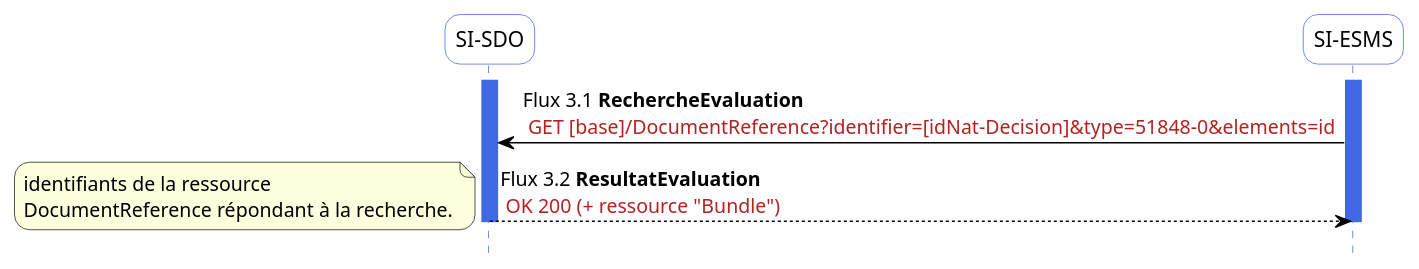
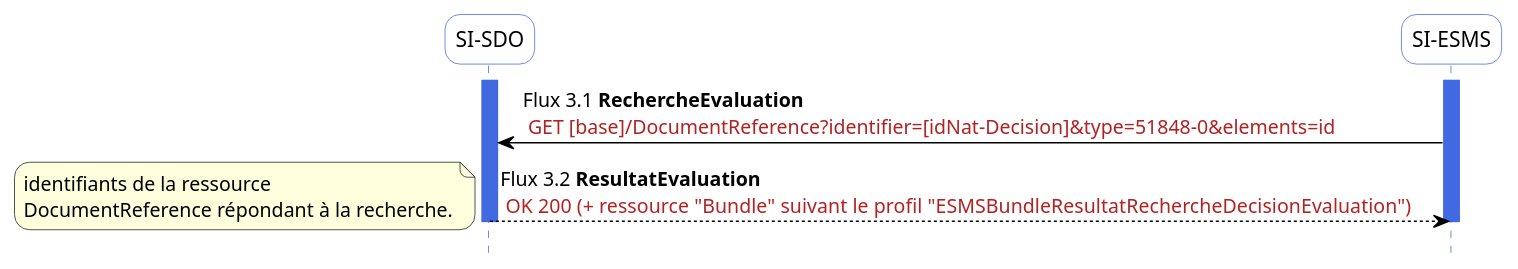
One commit to ansforge/IG-fhir-medicosocial-suivi-decisions-orientation changed the diagram in input/images-source/flux3.plantuml. Above: the diagram before and after it, drawn with PlantUML. The commit also changed 4 other files, not shown here.

Commit message:
Ajout nom de profil sur diagramme (#222)

```diff
--- a/input/images-source/flux3.plantuml
+++ b/input/images-source/flux3.plantuml
@@ -1,34 +1,34 @@
 @startuml flux3
 hide footbox
 
 skinparam sequence {
  arrowColor black
  ParticipantBorderColor RoyalBlue
  ParticipantBackgroundColor white
  LifeLineBorderColor RoyalBlue
  LifeLineBackgroundColor RoyalBlue
  ParticipantFontSize 14
  ParticipantFontName arial
  ParticipantPadding 20
 }
 skinparam  roundcorner 20
 
 
 participant "SI-SDO" as SDO
 participant "SI-ESMS" as ESMS
 activate SDO
 activate ESMS
 
 
 ESMS-[#black]> SDO : Flux 3.1 **RechercheEvaluation** \n <color #FireBrick>GET [base]/DocumentReference?identifier=[idNat-Decision]&type=51848-0&elements=id</color>
-SDO-[#black]-> ESMS: Flux 3.2 **ResultatEvaluation** \n <color #FireBrick>OK 200 (+ ressource "Bundle")</color>
+SDO-[#black]-> ESMS: Flux 3.2 **ResultatEvaluation** \n <color #FireBrick>OK 200 (+ ressource "Bundle"  suivant le profil "ESMSBundleResultatRechercheDecisionEvaluation")</color>
 
 note left
 identifiants de la ressource 
 DocumentReference répondant à la recherche.
 end note
 
 
 deactivate SDO
 deactivate ESMS
 @enduml
```
